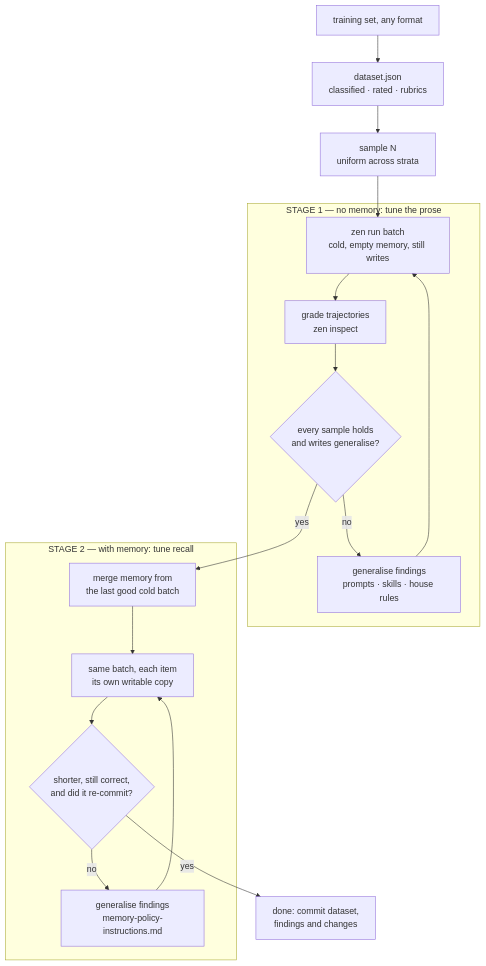
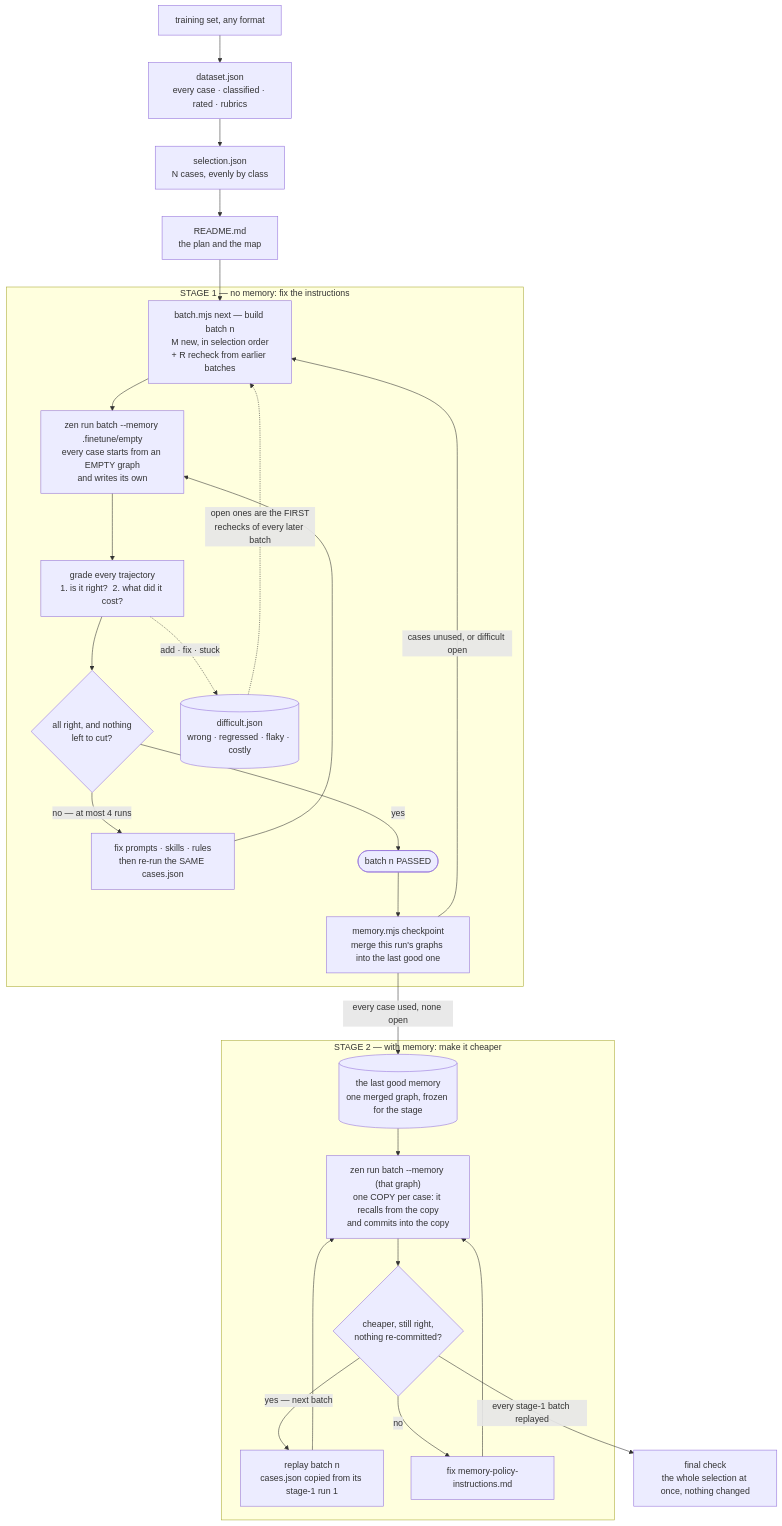
The first of 4 diagrams in packages/cli/templates/editor/.github/skills/zen-finetune/SKILL.md (andreyryabov/ZeneraNeo), drawn with Mermaid before and after one commit. The commit also changed other lines of this file and 22 other files, not shown here.

First line of the commit message:
Add scripts for reporting and selecting cases in zen-finetune

````diff
--- a/packages/cli/templates/editor/.github/skills/zen-finetune/SKILL.md
+++ b/packages/cli/templates/editor/.github/skills/zen-finetune/SKILL.md
@@ -24,29 +46,39 @@
 ```mermaid
 flowchart TD
-    A[training set, any format] --> B[dataset.json<br/>classified · rated · rubrics]
-    B --> C[sample N<br/>uniform across strata]
+    A[training set, any format] --> B["dataset.json<br/>every case · classified · rated · rubrics"]
+    B --> C["selection.json<br/>N cases, evenly by class"]
+    C --> P["README.md<br/>the plan and the map"]
 
-    subgraph S1["STAGE 1 — no memory: tune the prose"]
-        D[zen run batch<br/>cold, empty memory, still writes]
-        E[grade trajectories<br/>zen inspect]
-        F{every sample holds<br/>and writes generalise?}
-        G[generalise findings<br/>prompts · skills · house rules]
-        D --> E --> F
-        F -- no --> G
-        G --> D
+    subgraph S1["STAGE 1 — no memory: fix the instructions"]
+        E["batch.mjs next — build batch n<br/>M new, in selection order<br/>+ R recheck from earlier batches"]
+        F["zen run batch --memory .finetune/empty<br/>every case starts from an EMPTY graph<br/>and writes its own"]
+        G["grade every trajectory<br/>1. is it right?  2. what did it cost?"]
+        H{"all right, and nothing<br/>left to cut?"}
+        I["fix prompts · skills · rules<br/>then re-run the SAME cases.json"]
+        D[("difficult.json<br/>wrong · regressed · flaky · costly")]
+        K(["batch n PASSED"])
+        CP["memory.mjs checkpoint<br/>merge this run's graphs into the last good one"]
+        E --> F --> G --> H
+        H -->|"no — at most 4 runs"| I --> F
+        G -.->|"add · fix · stuck"| D
+        D -.->|"open ones are the FIRST<br/>rechecks of every later batch"| E
+        H -->|yes| K --> CP
+        CP -->|"cases unused, or difficult open"| E
     end
 
-    subgraph S2["STAGE 2 — with memory: tune recall"]
-        H[merge memory from<br/>the last good cold batch]
-        I[same batch, each item<br/>its own writable copy]
-        J{shorter, still correct,<br/>and did it re-commit?}
-        K[generalise findings<br/>memory-policy-instructions.md]
-        H --> I --> J
-        J -- no --> K
-        K --> I
+    subgraph S2["STAGE 2 — with memory: make it cheaper"]
+        L[("the last good memory<br/>one merged graph, frozen for the stage")]
+        M2["replay batch n<br/>cases.json copied from its stage-1 run 1"]
+        Y["zen run batch --memory (that graph)<br/>one COPY per case: it recalls from the copy<br/>and commits into the copy"]
+        N{"cheaper, still right,<br/>nothing re-committed?"}
+        O[fix memory-policy-instructions.md]
+        L --> Y
+        M2 --> Y --> N
+        N -->|no| O --> Y
+        N -->|"yes — next batch"| M2
     end
 
-    C --> D
-    F -- yes --> H
-    J -- yes --> L[done: commit dataset,<br/>findings and changes]
+    P --> E
+    CP -->|"every case used, none open"| L
+    N -->|"every stage-1 batch replayed"| V["final check<br/>the whole selection at once, nothing changed"]
 ```
````
